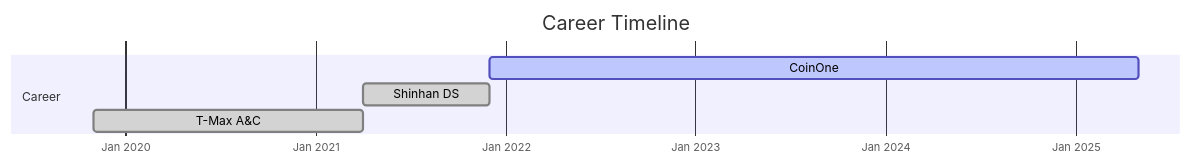
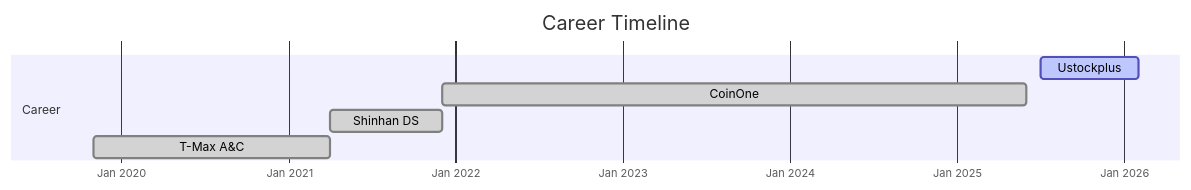
Before and after one commit to ddukbg/ddukbg: the diagram in pages/about.md, drawn with Mermaid. The commit also changed other lines of this file and 12 other files, not shown here.

````diff
--- a/pages/about.md
+++ b/pages/about.md
@@ -16,10 +16,11 @@
 ```mermaid
 gantt
 title Career Timeline
 dateFormat YYYY-MM
 axisFormat %b %Y
 section Career
-CoinOne     :active, 2021-12, 2025-05
+Ustockplus    :active, 2025-07, 2026-02
+CoinOne     :done, 2021-12, 2025-06
 Shinhan DS    :done, 2021-04, 2021-12
 T-Max A&C       :done, 2019-11, 2021-04
 ```
````
